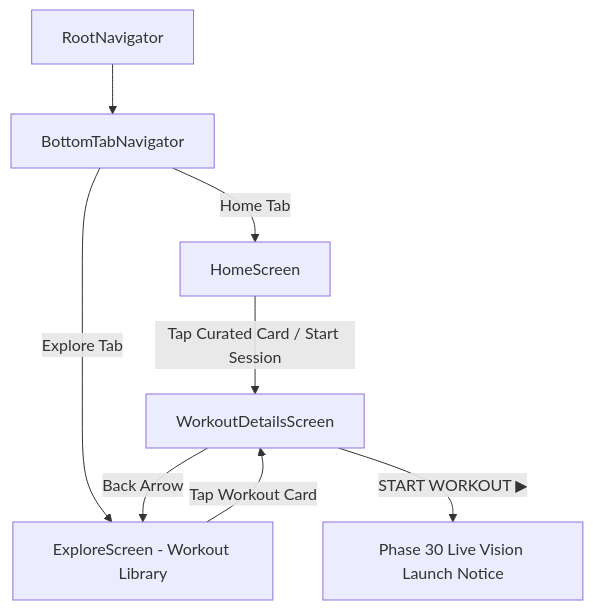
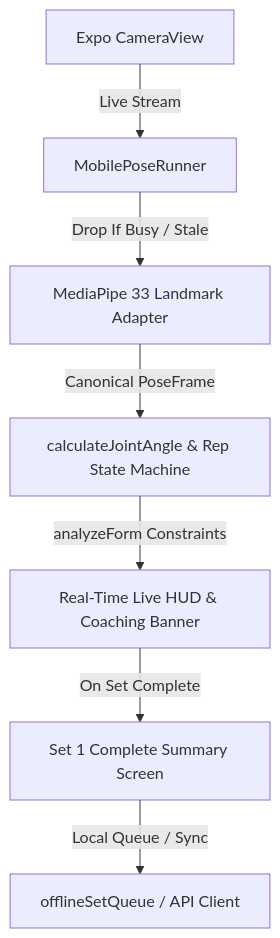
One commit to HarshitJain26-2/Kinetra changed the diagram in docs/MOBILE_PROGRESS.md. Above: the diagram before and after it, drawn with Mermaid. The commit also changed other lines of this file and 19 other files, not shown here.

Commit message:
feat(mobile): integrate live on-device pose coaching

````diff
--- a/docs/MOBILE_PROGRESS.md
+++ b/docs/MOBILE_PROGRESS.md
@@ -84,10 +102,9 @@
 ```mermaid
 graph TD
-    A[RootNavigator] --> B[BottomTabNavigator]
-    B -->|Home Tab| C[HomeScreen]
-    B -->|Explore Tab| D[ExploreScreen - Workout Library]
-    C -->|Tap Curated Card / Start Session| E[WorkoutDetailsScreen]
-    D -->|Tap Workout Card| E
-    E -->|Back Arrow| D
-    E -->|START WORKOUT ▶| F[Phase 30 Live Vision Launch Notice]
+    A[Expo CameraView] -->|Live Stream| B[MobilePoseRunner]
+    B -->|Drop If Busy / Stale| C[MediaPipe 33 Landmark Adapter]
+    C -->|Canonical PoseFrame| D[calculateJointAngle & Rep State Machine]
+    D -->|analyzeForm Constraints| E[Real-Time Live HUD & Coaching Banner]
+    E -->|On Set Complete| F[Set 1 Complete Summary Screen]
+    F -->|Local Queue / Sync| G[offlineSetQueue / API Client]
 ```
````
